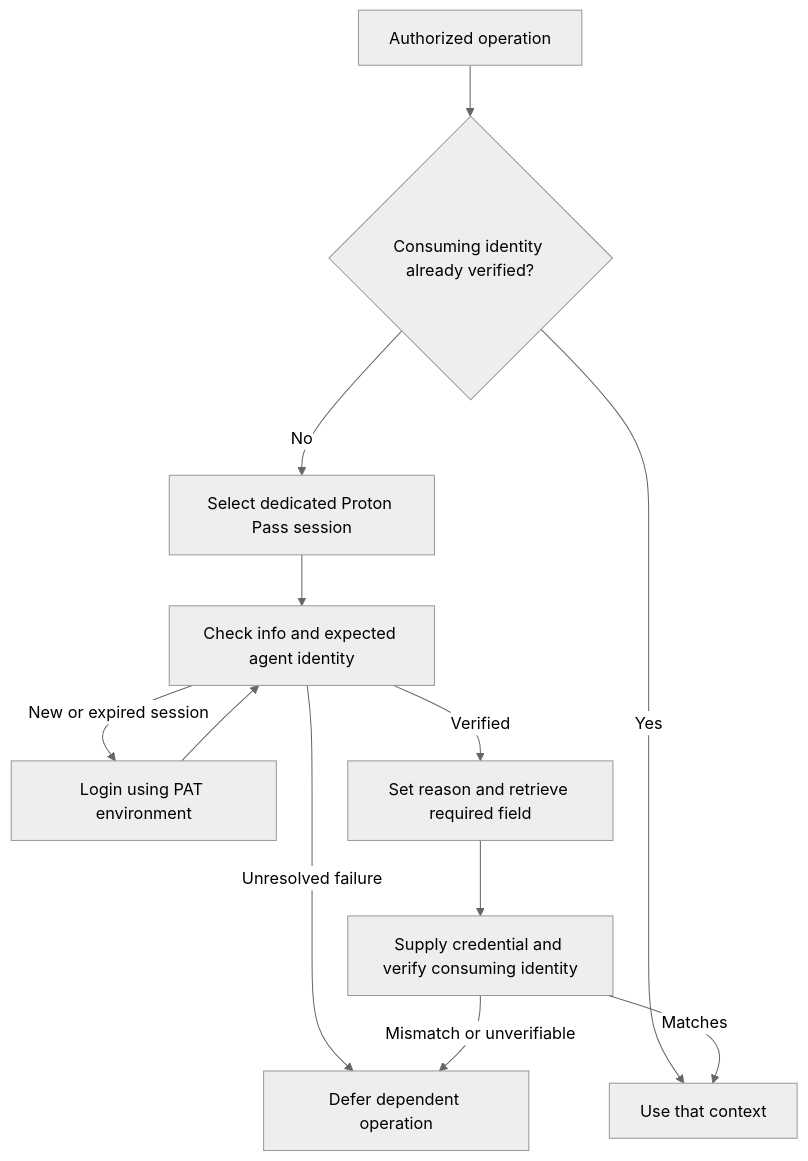
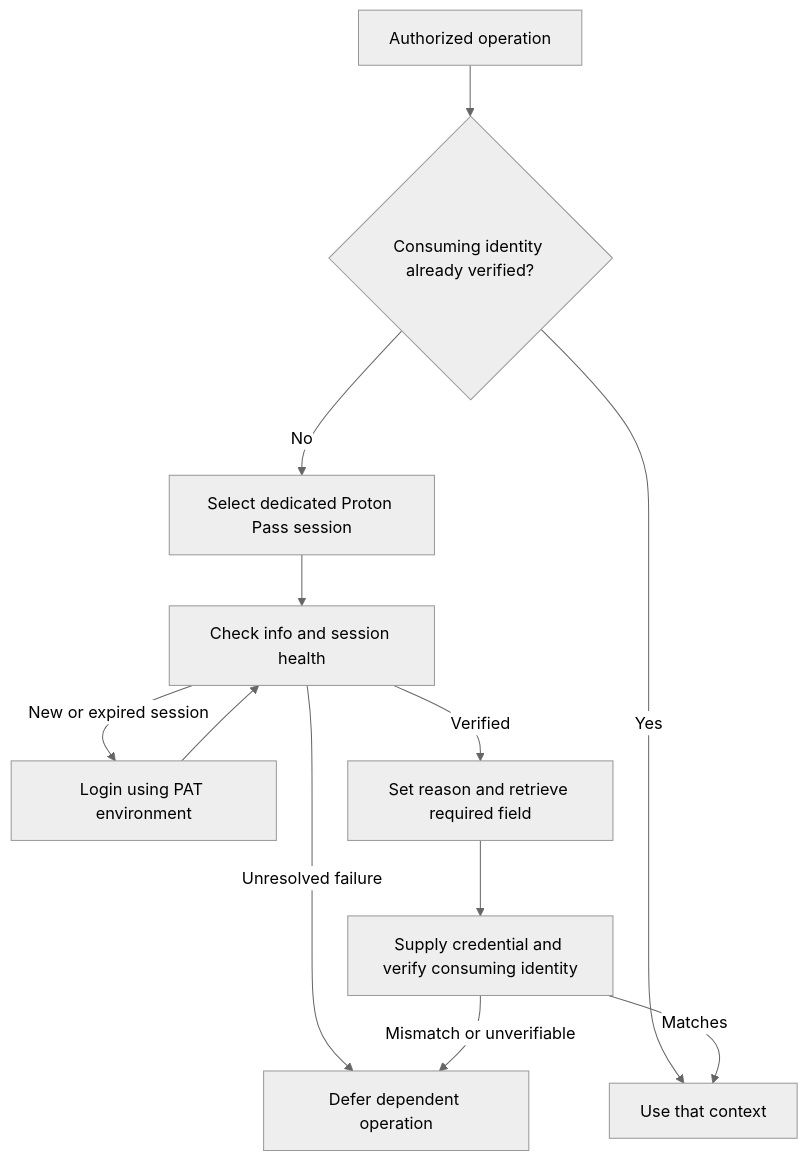
Before and after one commit to monster-cookie/venworks-agentkit: the diagram in skills/agent-router/references/proton-pass.md, drawn with Mermaid (neutral theme). The commit also changed other lines of this file and 5 other files, not shown here.

````diff
--- a/skills/agent-router/references/proton-pass.md
+++ b/skills/agent-router/references/proton-pass.md
@@ -7,14 +7,14 @@
 ```mermaid
 flowchart TD
     Task[Authorized operation] --> Consumer{Consuming identity already verified?}
     Consumer -->|Yes| Use[Use that context]
     Consumer -->|No| Session[Select dedicated Proton Pass session]
-    Session --> Check[Check info and expected agent identity]
+    Session --> Check[Check info and session health]
     Check -->|New or expired session| Login[Login using PAT environment]
     Login --> Check
     Check -->|Verified| Read[Set reason and retrieve required field]
     Read --> Verify[Supply credential and verify consuming identity]
     Verify -->|Matches| Use
     Check -->|Unresolved failure| Defer[Defer dependent operation]
     Verify -->|Mismatch or unverifiable| Defer
 ```
````
